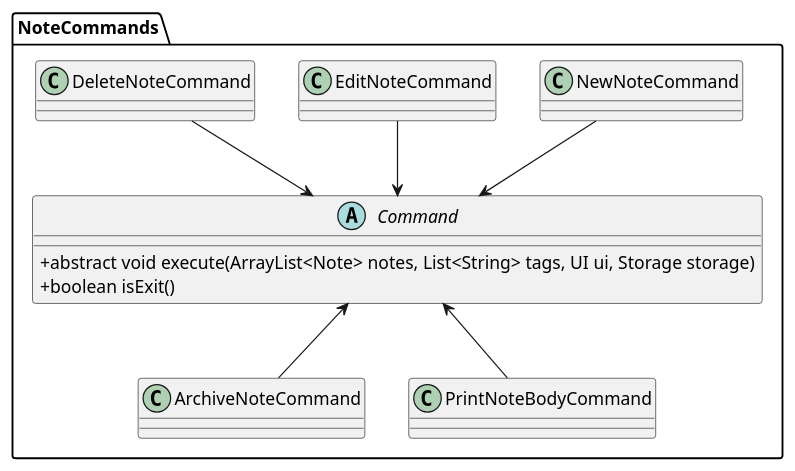
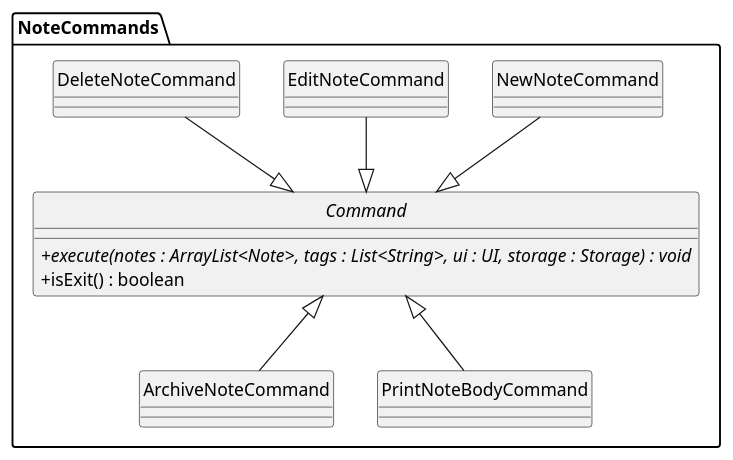
One commit to shauntsr/tp changed the diagram in docs/diagrams/NoteManagementCommands.puml. Above: the diagram before and after it, drawn with PlantUML. The commit also changed 10 other files, not shown here.

```diff
--- a/docs/diagrams/NoteManagementCommands.puml
+++ b/docs/diagrams/NoteManagementCommands.puml
@@ -1,23 +1,23 @@
 @startuml NoteManagementCommands
 skinparam classAttributeIconSize 0
-
+hide circle
 package NoteCommands {
     abstract class Command {
-        + abstract void execute(ArrayList<Note> notes, List<String> tags, UI ui, Storage storage) 
-        + boolean isExit()
+        + {abstract} execute(notes : ArrayList<Note>, tags : List<String>, ui : UI, storage : Storage) : void
+        + isExit() : boolean
     }
 
     class NewNoteCommand
     class EditNoteCommand
     class DeleteNoteCommand
     class ArchiveNoteCommand
     class PrintNoteBodyCommand
 
     ' Inheritance
-    NewNoteCommand --> Command
-    DeleteNoteCommand --> Command
-    EditNoteCommand --> Command
-    ArchiveNoteCommand -up-> Command
-    PrintNoteBodyCommand -up-> Command
+    NewNoteCommand --|> Command
+    DeleteNoteCommand --|> Command
+    EditNoteCommand --|> Command
+    ArchiveNoteCommand -up-|> Command
+    PrintNoteBodyCommand -up-|> Command
 }
 @enduml
```
